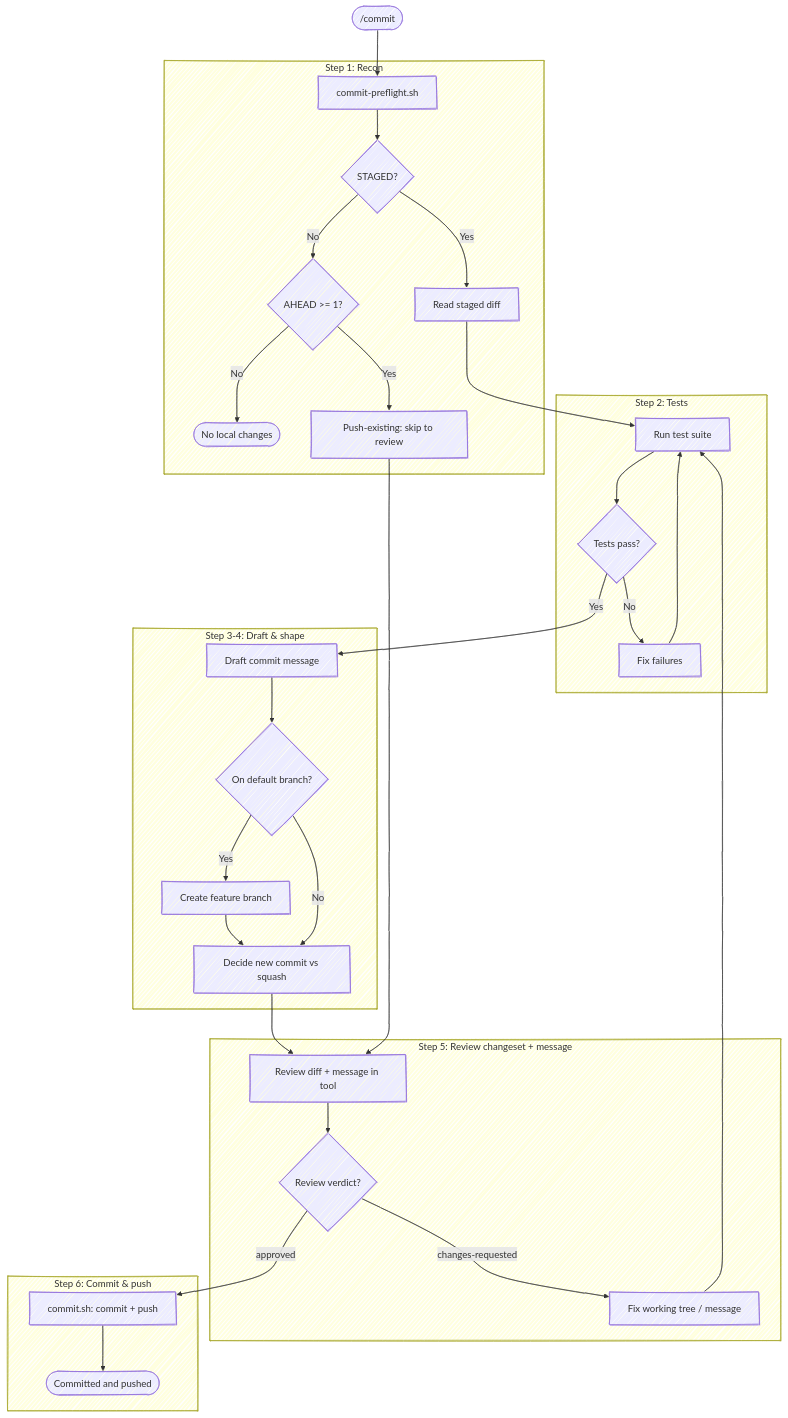
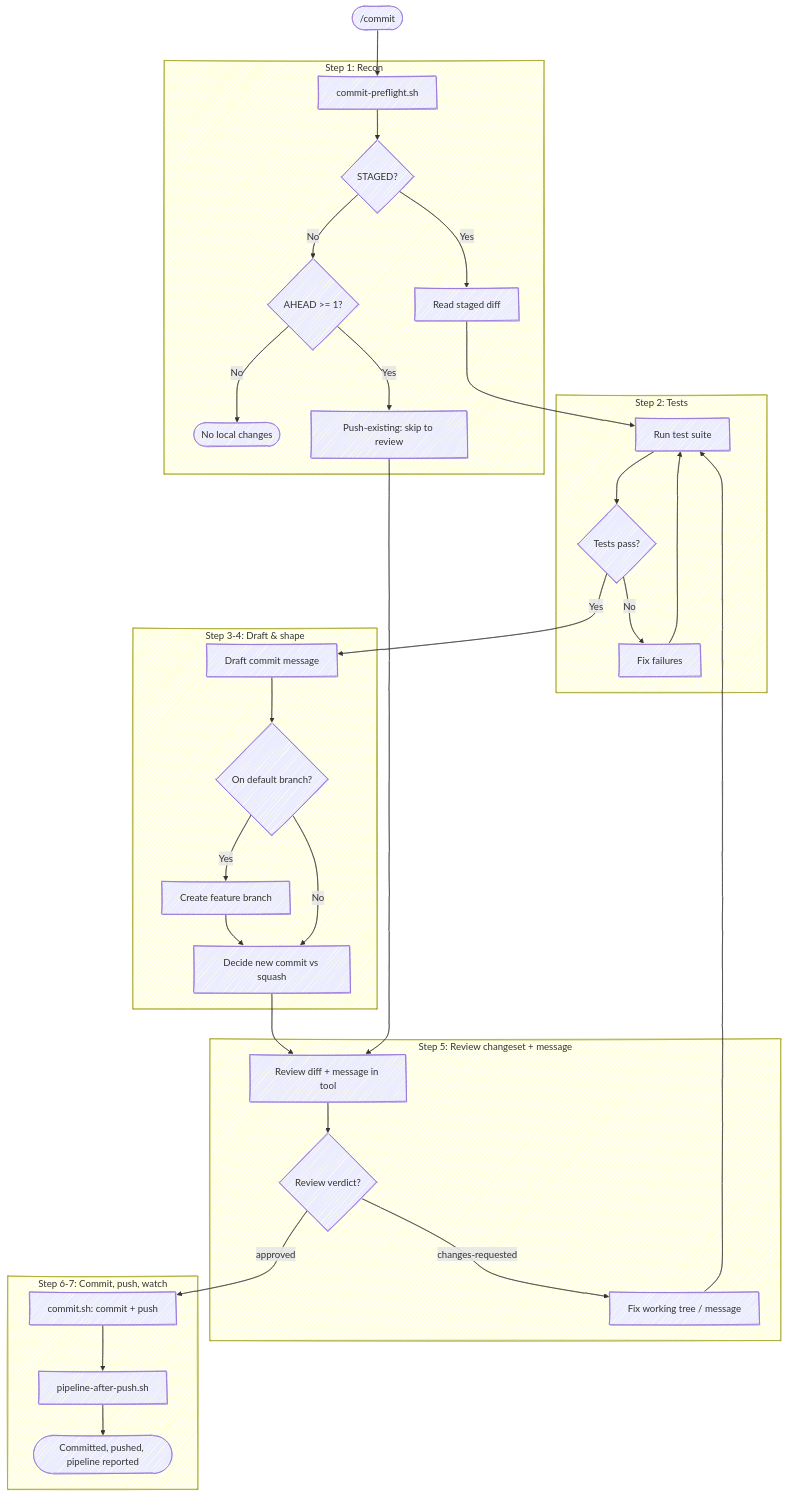
One commit to chris-peterson/anchor changed the diagram in skills/commit/SKILL.md. Above: the diagram before and after it, drawn with Mermaid. The commit also changed other lines of this file and 11 other files, not shown here.

````diff
--- a/skills/commit/SKILL.md
+++ b/skills/commit/SKILL.md
@@ -14,43 +14,44 @@
 ```mermaid
 %%{ init: { 'look': 'handDrawn' } }%%
 flowchart TD
     Start(["/commit"]) --> Stage
 
     subgraph "Step 1: Recon"
         Stage["commit-preflight.sh"] --> Staged{STAGED?}
         Staged -->|Yes| ReadDiff["Read staged diff"]
         Staged -->|No| CheckHead{AHEAD >= 1?}
         CheckHead -->|No| Stop([No local changes])
         CheckHead -->|Yes| ReadHead["Push-existing: skip to review"]
     end
 
     subgraph "Step 2: Tests"
         Tests["Run test suite"] --> TestResult{Tests pass?}
         TestResult -->|No| FixTests["Fix failures"] --> Tests
     end
 
     subgraph "Step 3-4: Draft & shape"
         Draft["Draft commit message"] --> OnDefault{On default branch?}
         OnDefault -->|Yes| Branch["Create feature branch"] --> Shape
         OnDefault -->|No| Shape["Decide new commit vs squash"]
     end
 
     subgraph "Step 5: Review changeset + message"
         ReviewStep["Review diff + message in tool"] --> Review{Review verdict?}
         Review -->|changes-requested| FixReview["Fix working tree / message"]
     end
 
-    subgraph "Step 6: Commit & push"
-        CommitPush["commit.sh: commit + push"] --> Done([Committed and pushed])
+    subgraph "Step 6-7: Commit, push, watch"
+        CommitPush["commit.sh: commit + push"] --> Watch["pipeline-after-push.sh"]
+        Watch --> Done([Committed, pushed, pipeline reported])
     end
 
     %% Cross-subgraph edges live here, after every node is declared: mermaid
     %% assigns a node to whichever subgraph mentions it first, so wiring these
     %% inline would pull ReviewStep and CommitPush into the wrong boxes.
     ReadDiff --> Tests
     TestResult -->|Yes| Draft
     Shape --> ReviewStep
     ReadHead --> ReviewStep
     FixReview --> Tests
     Review -->|approved| CommitPush
 ```
````
